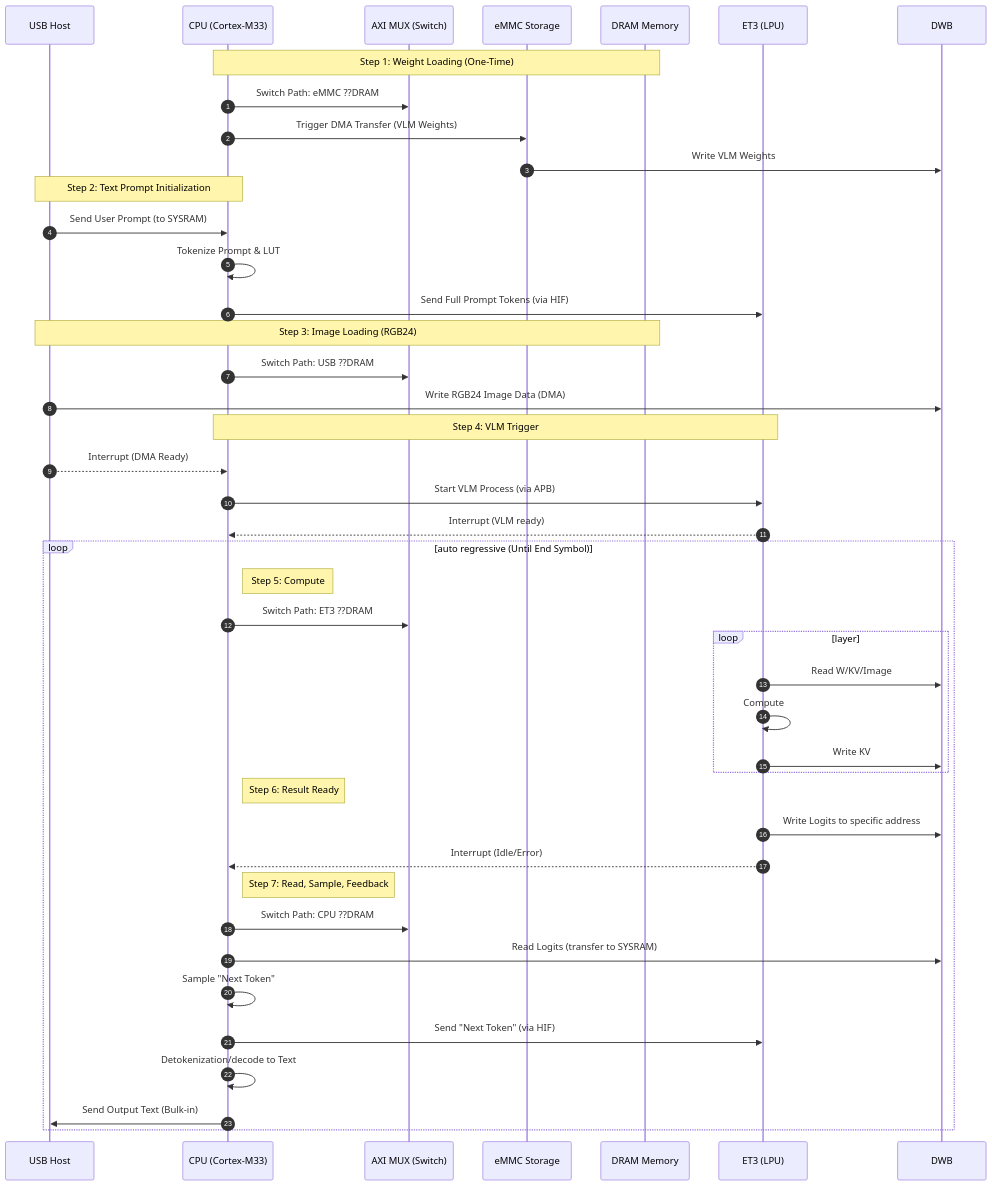
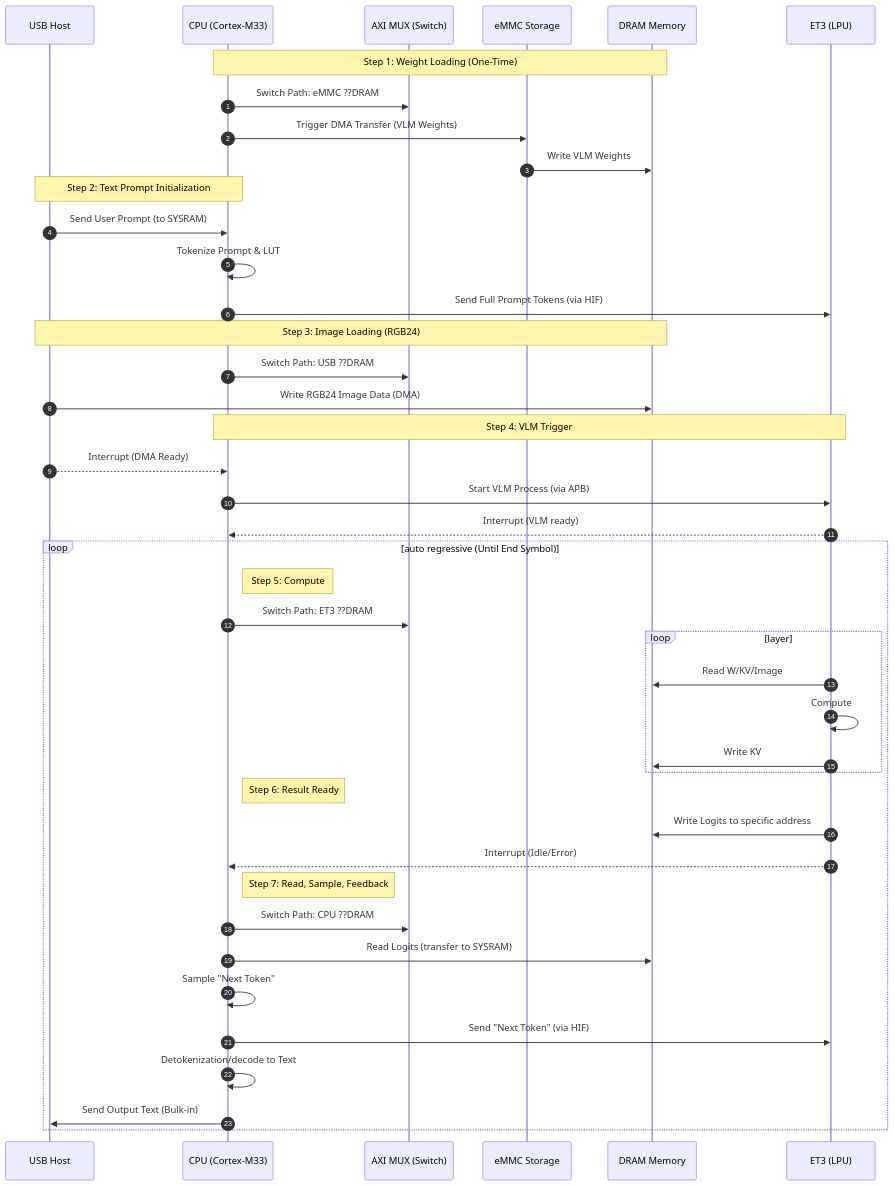
Before and after one commit to lcf0929/Test: the second of 4 diagrams in HUN_0503_Inference.md, drawn with Mermaid. The commit also changed other lines of this file, not shown here.

````diff
--- a/HUN_0503_Inference.md
+++ b/HUN_0503_Inference.md
@@ -56,52 +56,52 @@
 ```mermaid Video-to-Text, Single Model
  sequenceDiagram
     autonumber
     participant USB as USB Host
     participant CPU as CPU (Cortex-M33)
     participant MUX as AXI MUX (Switch)
     participant eMMC as eMMC Storage
     participant DRAM as DRAM Memory
     participant ET3 as ET3 (LPU)
 
     note over CPU, DRAM: Step 1: Weight Loading (One-Time)
     CPU->>MUX: Switch Path: eMMC ??DRAM
     CPU->>eMMC: Trigger DMA Transfer (VLM Weights)
-    eMMC->>DWB: Write VLM Weights
+    eMMC->>DRAM: Write VLM Weights
     
     note over USB, CPU: Step 2: Text Prompt Initialization
     USB->>CPU: Send User Prompt (to SYSRAM)
     CPU->>CPU: Tokenize Prompt & LUT
     CPU->>ET3: Send Full Prompt Tokens (via HIF)
     
     note over USB, DRAM: Step 3: Image Loading (RGB24)
     CPU->>MUX: Switch Path: USB ??DRAM
-    USB->>DWB: Write RGB24 Image Data (DMA)
+    USB->>DRAM: Write RGB24 Image Data (DMA)
     
     note over CPU, ET3: Step 4: VLM Trigger
     USB-->>CPU: Interrupt (DMA Ready)
     CPU->>ET3: Start VLM Process (via APB)    
     ET3-->>CPU: Interrupt (VLM ready)
     
     loop auto regressive (Until End Symbol)
         note right of CPU: Step 5: Compute
         CPU->>MUX: Switch Path: ET3 ??DRAM
         
         loop layer
-            ET3->>DWB: Read W/KV/Image
+            ET3->>DRAM: Read W/KV/Image
             ET3->>ET3: Compute
-            ET3->>DWB: Write KV
+            ET3->>DRAM: Write KV
         end
        
         note right of CPU: Step 6: Result Ready
-        ET3->>DWB: Write Logits to specific address
+        ET3->>DRAM: Write Logits to specific address
         ET3-->>CPU: Interrupt (Idle/Error)
         
         note right of CPU: Step 7: Read, Sample, Feedback
         CPU->>MUX: Switch Path: CPU ??DRAM
-        CPU->>DWB: Read Logits (transfer to SYSRAM)
+        CPU->>DRAM: Read Logits (transfer to SYSRAM)
         CPU->>CPU: Sample "Next Token"
         CPU->>ET3: Send "Next Token" (via HIF)
         CPU->>CPU: Detokenization/decode to Text
         CPU->>USB: Send Output Text (Bulk-in)
     end
 ```
````
